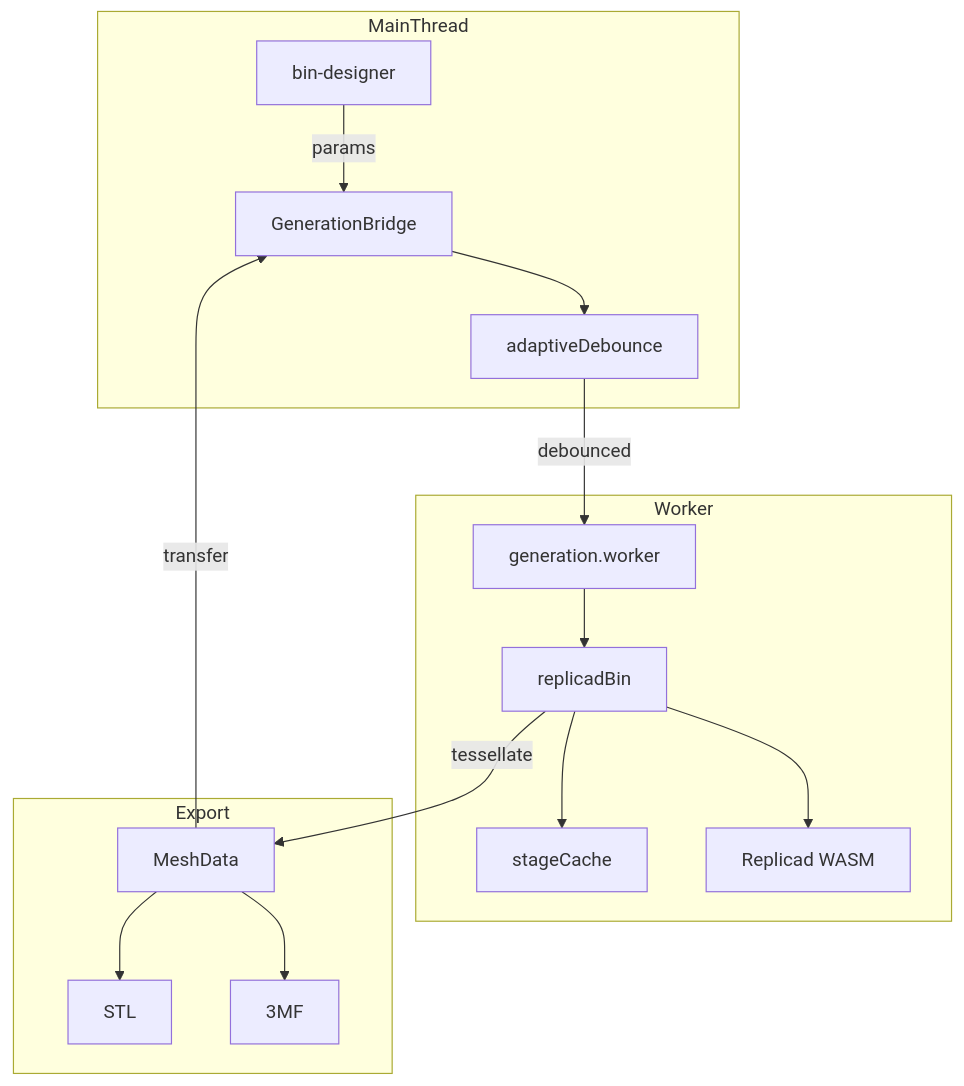
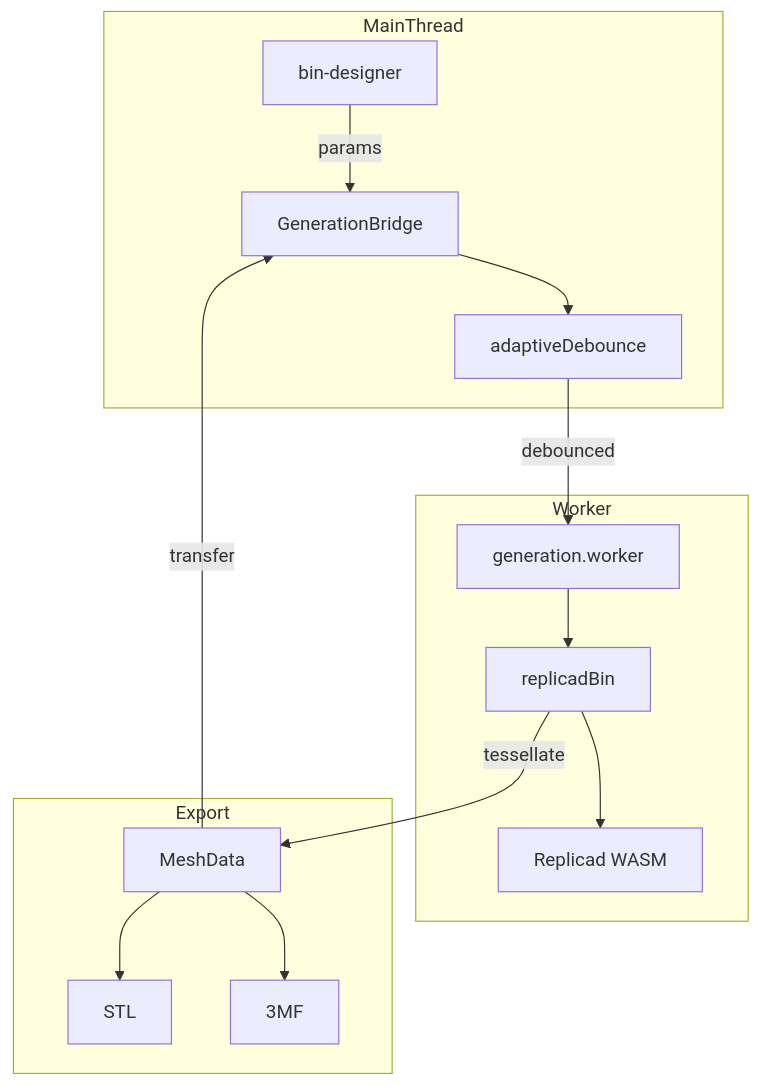
The diagram in src/features/generation/README.md (andymai/gridfinity-layout-tool), drawn with Mermaid before and after one commit. The commit also changed other lines of this file, not shown here.

````diff
--- a/src/features/generation/README.md
+++ b/src/features/generation/README.md
@@ -5,16 +5,16 @@
 ```mermaid
 graph TB
     subgraph MainThread
         BD[bin-designer] -->|params| GB[GenerationBridge]
         GB --> AD[adaptiveDebounce]
     end
     subgraph Worker
         AD -->|debounced| GW[generation.worker]
-        GW --> RB[replicadBin] --> SC[stageCache]
+        GW --> RB[replicadBin]
         RB --> WASM[Replicad WASM]
     end
     subgraph Export
         MD[MeshData] --> STL & TMF[3MF]
     end
     RB -->|tessellate| MD -->|transfer| GB
 ```
````
